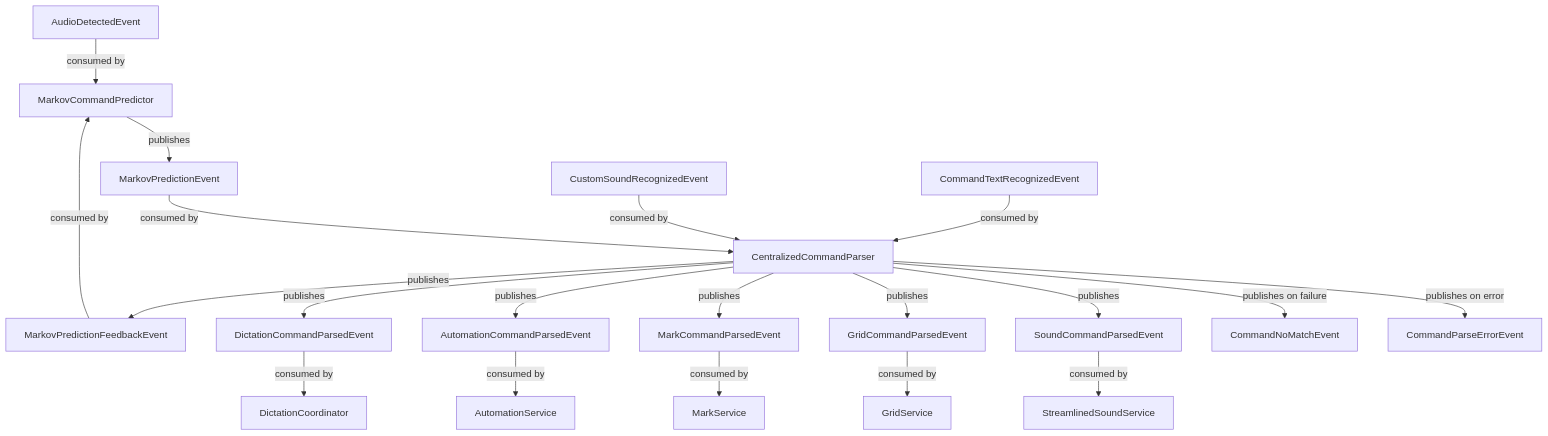
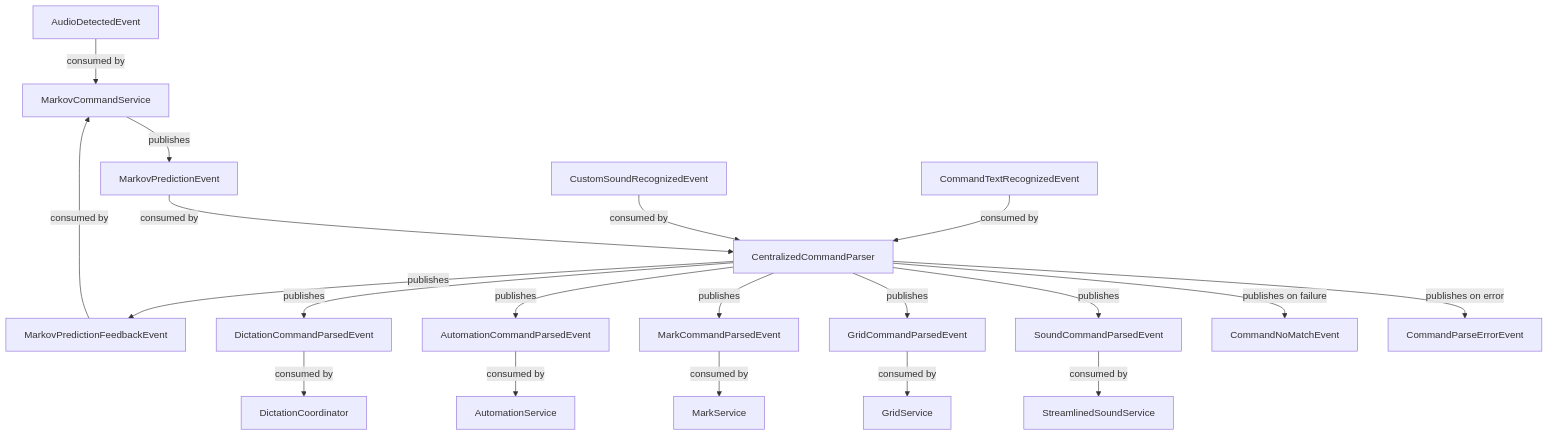
Before and after one commit to rick12000/vocalance: the third of 7 diagrams in docs/developer/services.rst, drawn with Mermaid. The commit also changed other lines of this file and 27 other files, not shown here.

```diff
--- a/docs/developer/services.rst
+++ b/docs/developer/services.rst
@@ -304,33 +327,33 @@
 .. mermaid::
 
    graph TB
    %% Markov Prediction Flow
-   AudioDetect[AudioDetectedEvent] -->|consumed by| Markov[MarkovCommandPredictor]
+   AudioDetect[AudioDetectedEvent] -->|consumed by| Markov[MarkovCommandService]
    Markov -->|publishes| MarkovPred[MarkovPredictionEvent]
 
    %% Command Recognition Flow
    CmdText[CommandTextRecognizedEvent] -->|consumed by| Parser[CentralizedCommandParser]
    CustomSound[CustomSoundRecognizedEvent] -->|consumed by| Parser
 
    %% Markov Prediction Flow
    MarkovPred -->|consumed by| Parser
 
    %% Feedback Loop
    Parser -->|publishes| Feedback[MarkovPredictionFeedbackEvent]
    Feedback -->|consumed by| Markov
 
    %% Command Execution Flow
    Parser -->|publishes| DictCmd[DictationCommandParsedEvent]
    Parser -->|publishes| AutoCmd[AutomationCommandParsedEvent]
    Parser -->|publishes| MarkCmd[MarkCommandParsedEvent]
    Parser -->|publishes| GridCmd[GridCommandParsedEvent]
    Parser -->|publishes| SoundCmd[SoundCommandParsedEvent]
 
    DictCmd -->|consumed by| DictCoord[DictationCoordinator]
    AutoCmd -->|consumed by| AutoSvc[AutomationService]
    MarkCmd -->|consumed by| MarkSvc[MarkService]
    GridCmd -->|consumed by| GridSvc[GridService]
    SoundCmd -->|consumed by| SoundSvc[StreamlinedSoundService]
 
    Parser -->|publishes on failure| NoMatch[CommandNoMatchEvent]
    Parser -->|publishes on error| ParseError[CommandParseErrorEvent]
```
